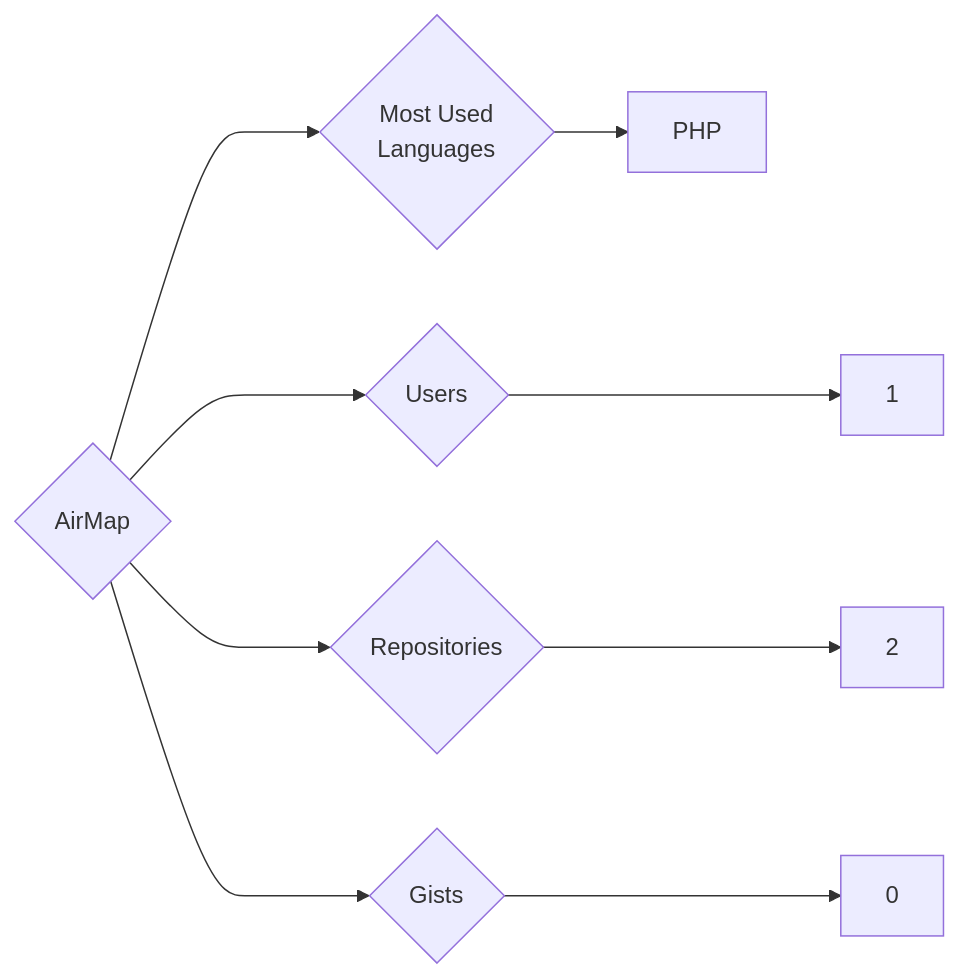
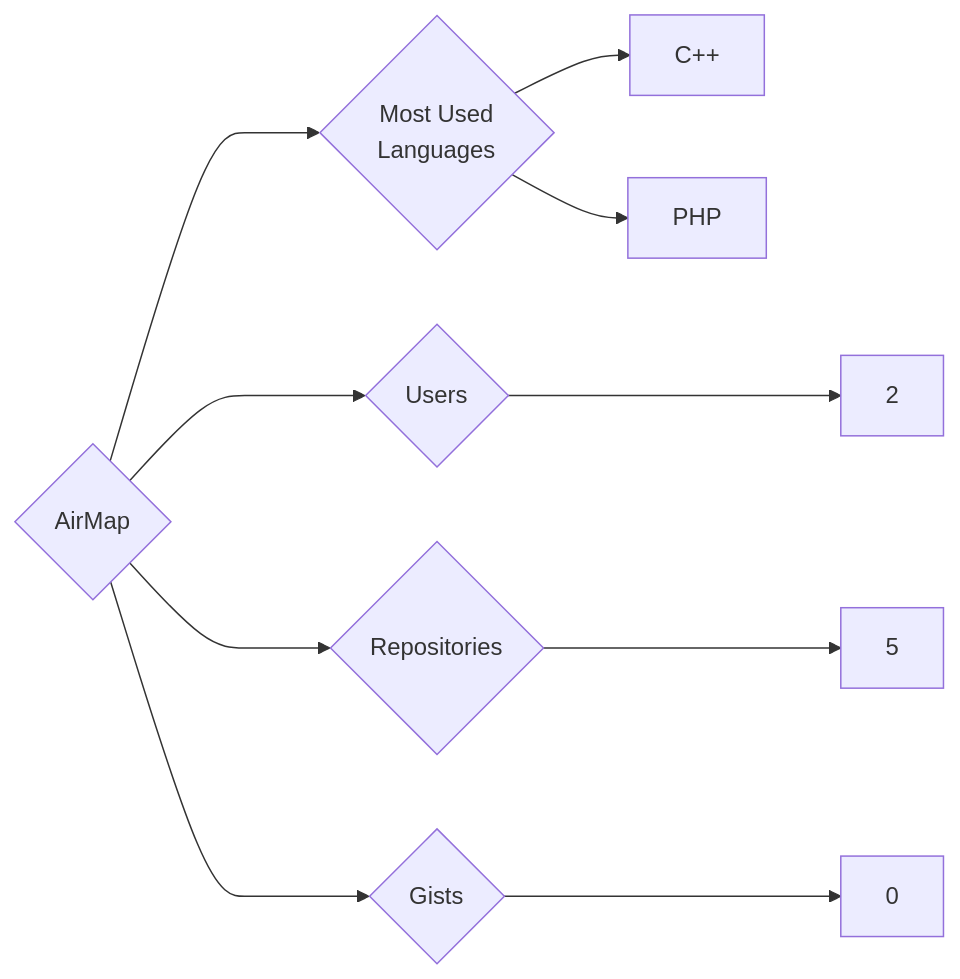
One commit to trickest/insiders changed the diagram in targets/AirMap/README.md. Above: the diagram before and after it, drawn with Mermaid. The commit also changed 899 other files, not shown here.

````diff
--- a/targets/AirMap/README.md
+++ b/targets/AirMap/README.md
@@ -3,9 +3,10 @@
 ```mermaid
 graph LR
 COMPANY_NAME{AirMap}
-COMPANY_NAME ---> U{Users} ---> UN[1]
-COMPANY_NAME ---> R{Repositories} ---> RN[2]
+COMPANY_NAME ---> U{Users} ---> UN[2]
+COMPANY_NAME ---> R{Repositories} ---> RN[5]
 COMPANY_NAME ---> G{Gists} ---> GN[0]
 COMPANY_NAME ---> ML{Most Used<br>Languages}
+ML --> C++[C++]
 ML --> PHP[PHP]
 ```
````
